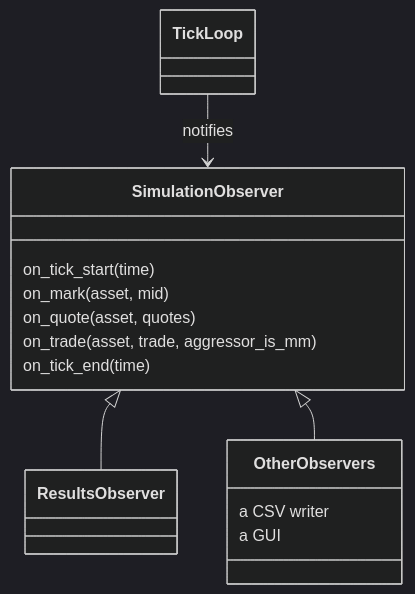
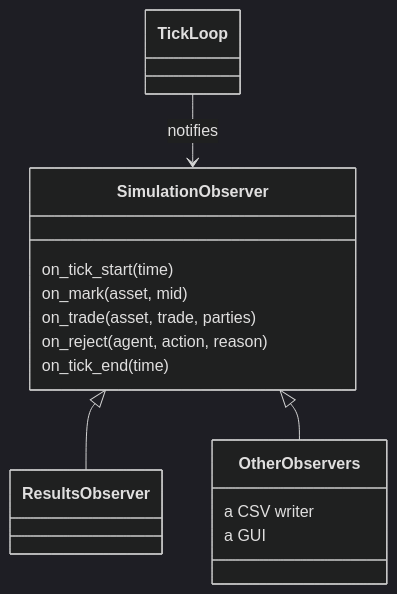
One commit to GuillaumeLaurin/MarketMakingSimulator changed the diagram in docs/architecture/observers-and-results.md. Above: the diagram before and after it, drawn with Mermaid (dark theme). The commit also changed other lines of this file and 137 other files, not shown here.

````diff
--- a/docs/architecture/observers-and-results.md
+++ b/docs/architecture/observers-and-results.md
@@ -6,17 +6,17 @@
 ```mermaid
 classDiagram
     class SimulationObserver {
         on_tick_start(time)
         on_mark(asset, mid)
-        on_quote(asset, quotes)
-        on_trade(asset, trade, aggressor_is_mm)
+        on_trade(asset, trade, parties)
+        on_reject(agent, action, reason)
         on_tick_end(time)
     }
     SimulationObserver <|-- ResultsObserver
     SimulationObserver <|-- OtherObservers
     class OtherObservers {
         a CSV writer
         a GUI
     }
     TickLoop --> SimulationObserver : notifies
 ```
````
